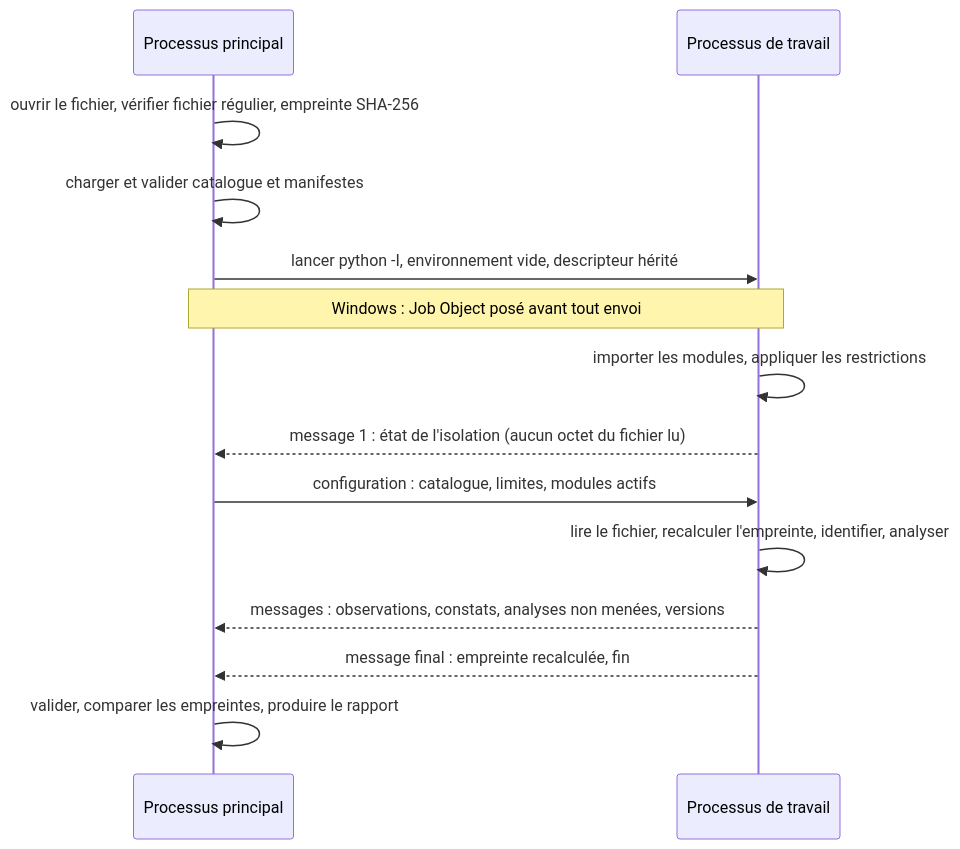
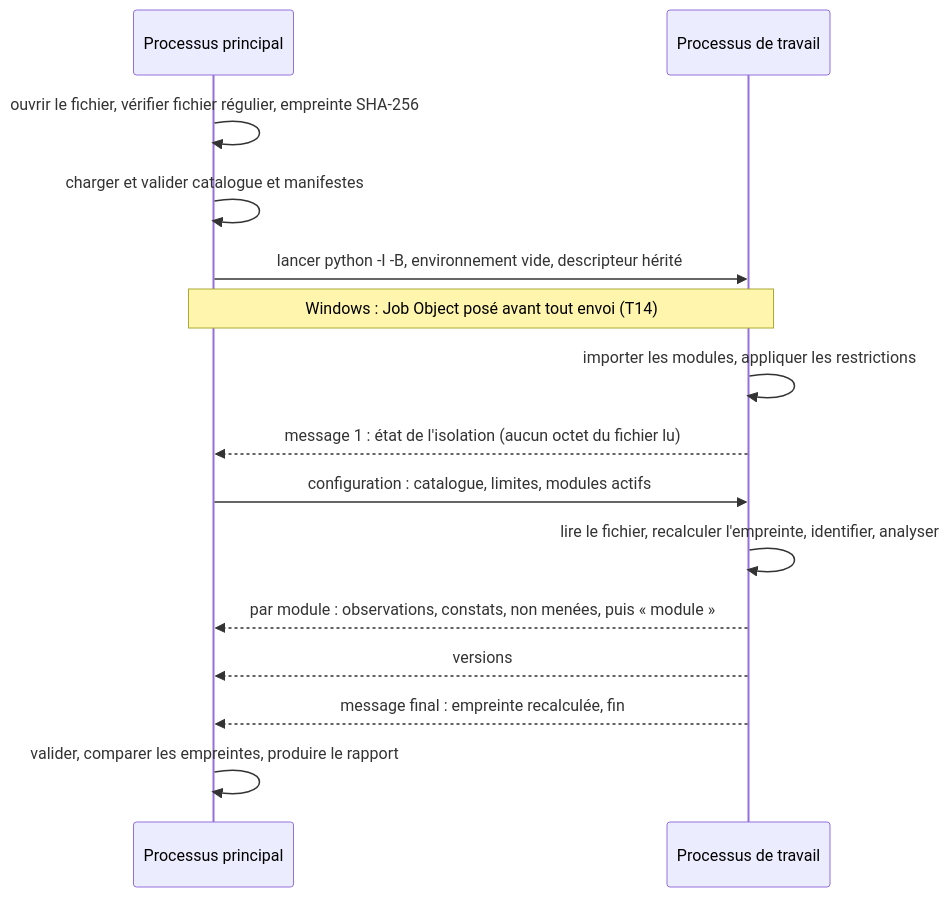
The second of 2 diagrams in docs/architecture/architecture.md (TheDarkMac/AI-detector), drawn with Mermaid before and after one commit. The commit also changed other lines of this file and 3 other files, not shown here.

Commit message:
docs: met à jour architecture, modèle de données, glossaire, découpage

````diff
--- a/docs/architecture/architecture.md
+++ b/docs/architecture/architecture.md
@@ -78,16 +78,17 @@
 ```mermaid
 sequenceDiagram
   participant P1 as Processus principal
   participant P2 as Processus de travail
   P1->>P1: ouvrir le fichier, vérifier fichier régulier, empreinte SHA-256
   P1->>P1: charger et valider catalogue et manifestes
-  P1->>P2: lancer python -I, environnement vide, descripteur hérité
-  Note over P1,P2: Windows : Job Object posé avant tout envoi
+  P1->>P2: lancer python -I -B, environnement vide, descripteur hérité
+  Note over P1,P2: Windows : Job Object posé avant tout envoi (T14)
   P2->>P2: importer les modules, appliquer les restrictions
   P2-->>P1: message 1 : état de l'isolation (aucun octet du fichier lu)
   P1->>P2: configuration : catalogue, limites, modules actifs
   P2->>P2: lire le fichier, recalculer l'empreinte, identifier, analyser
-  P2-->>P1: messages : observations, constats, analyses non menées, versions
+  P2-->>P1: par module : observations, constats, non menées, puis « module »
+  P2-->>P1: versions
   P2-->>P1: message final : empreinte recalculée, fin
   P1->>P1: valider, comparer les empreintes, produire le rapport
 ```
````
